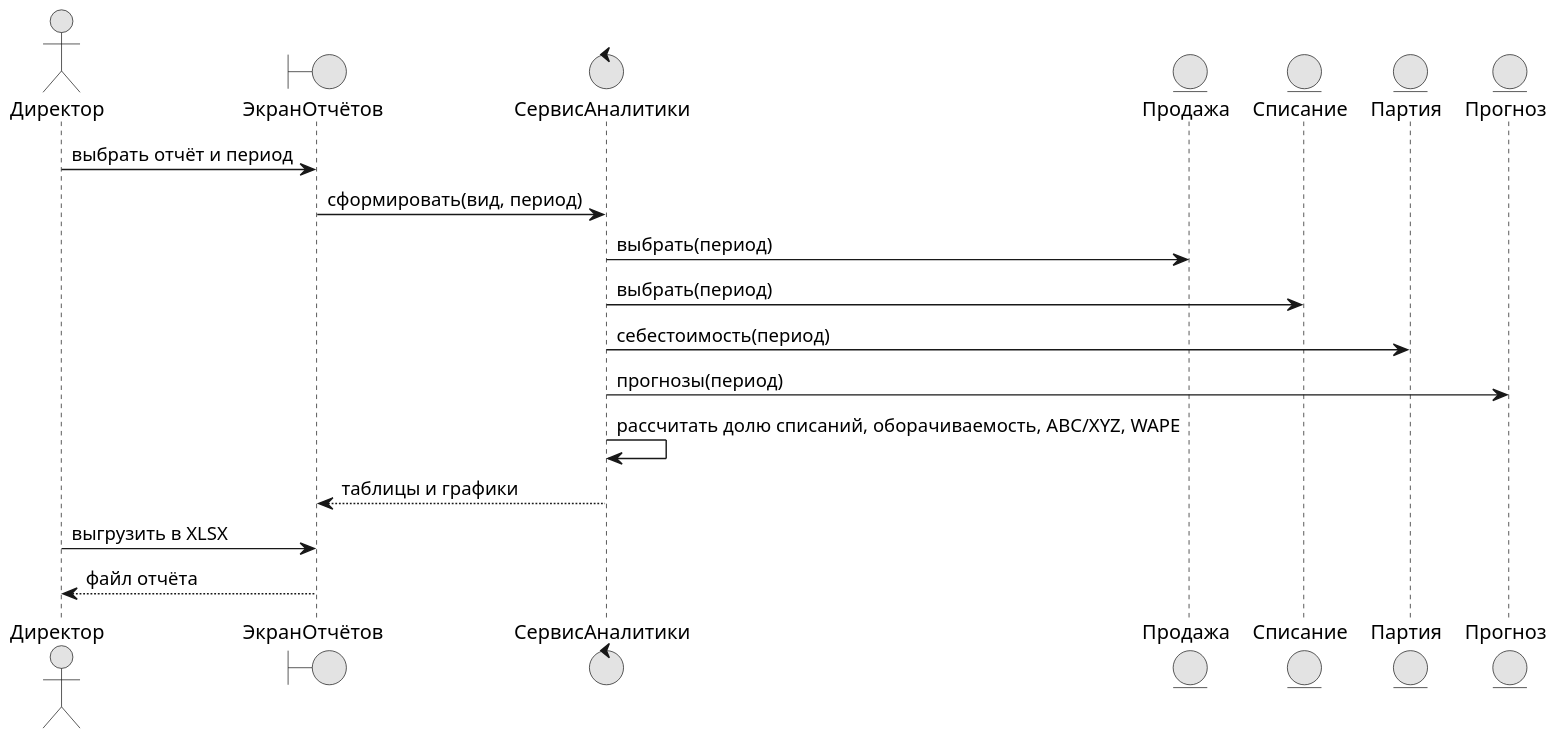
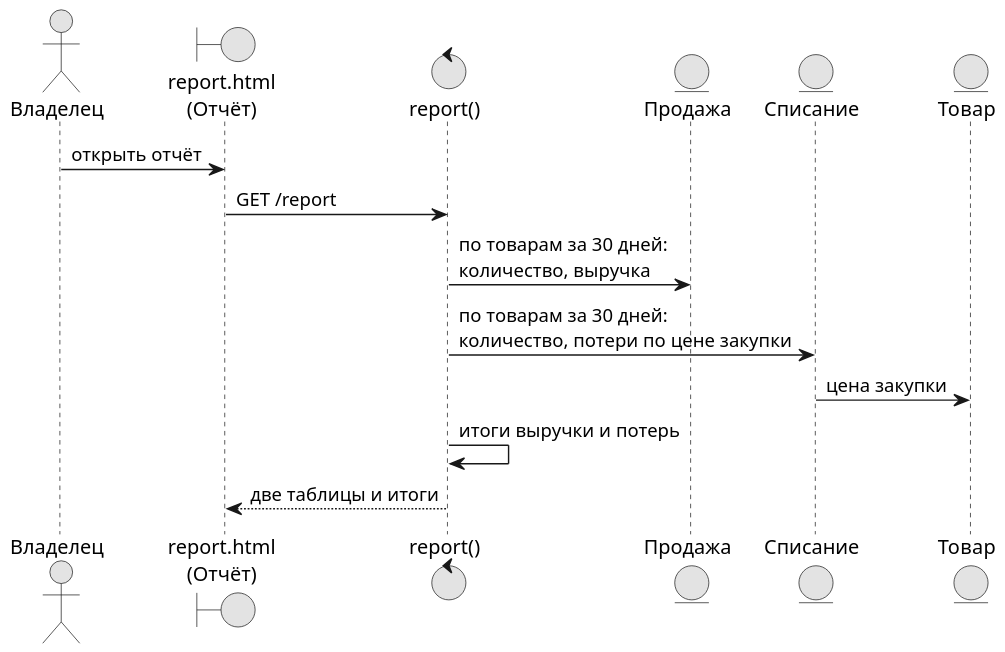
Before and after one commit to DarkSwordman999/flower-demand-planning: the diagram in diagrams/uml_seq_4.puml, drawn with PlantUML. The commit also changed 40 other files, not shown here.

Commit message:
ПР 5-6, 7-8, 9-10 под базовую редакцию: IDEF0/IDEF3 из пяти работ салона, UML по модулям app.py и logic.py, план из 12 этапов по датам ПР 3

```diff
--- a/diagrams/uml_seq_4.puml
+++ b/diagrams/uml_seq_4.puml
@@ -1,24 +1,20 @@
 @startuml
 !pragma layout smetana
 skinparam dpi 150
 skinparam defaultFontName Arial
 skinparam shadowing false
 skinparam monochrome true
-actor "Директор" as DIR
-boundary "ЭкранОтчётов" as UI
-control "СервисАналитики" as S
-entity "Продажа" as PR
+actor "Владелец" as OW
+boundary "report.html\n(Отчёт)" as UI
+control "report()" as C
+entity "Продажа" as S
 entity "Списание" as W
-entity "Партия" as P
-entity "Прогноз" as F
-DIR -> UI : выбрать отчёт и период
-UI -> S : сформировать(вид, период)
-S -> PR : выбрать(период)
-S -> W : выбрать(период)
-S -> P : себестоимость(период)
-S -> F : прогнозы(период)
-S -> S : рассчитать долю списаний, оборачиваемость, ABC/XYZ, WAPE
-S --> UI : таблицы и графики
-DIR -> UI : выгрузить в XLSX
-UI --> DIR : файл отчёта
+entity "Товар" as T
+OW -> UI : открыть отчёт
+UI -> C : GET /report
+C -> S : по товарам за 30 дней:\nколичество, выручка
+C -> W : по товарам за 30 дней:\nколичество, потери по цене закупки
+W -> T : цена закупки
+C -> C : итоги выручки и потерь
+C --> UI : две таблицы и итоги
 @enduml
```
